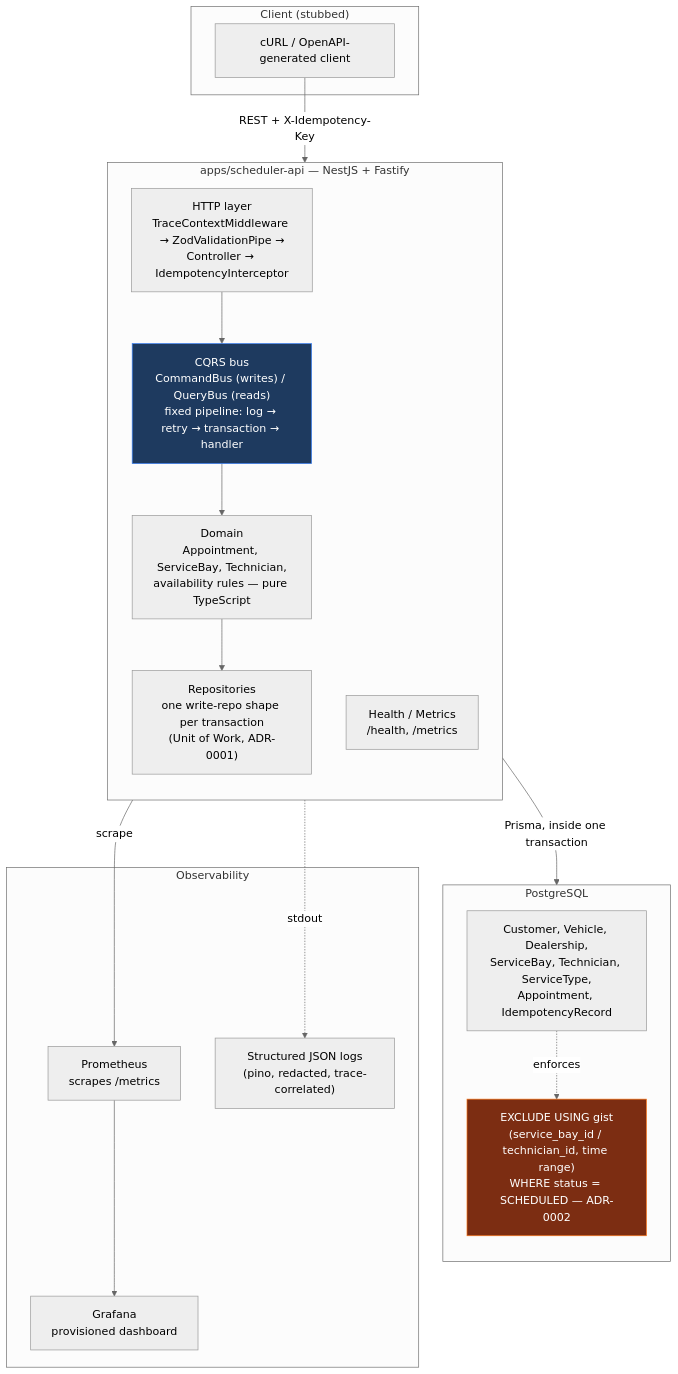
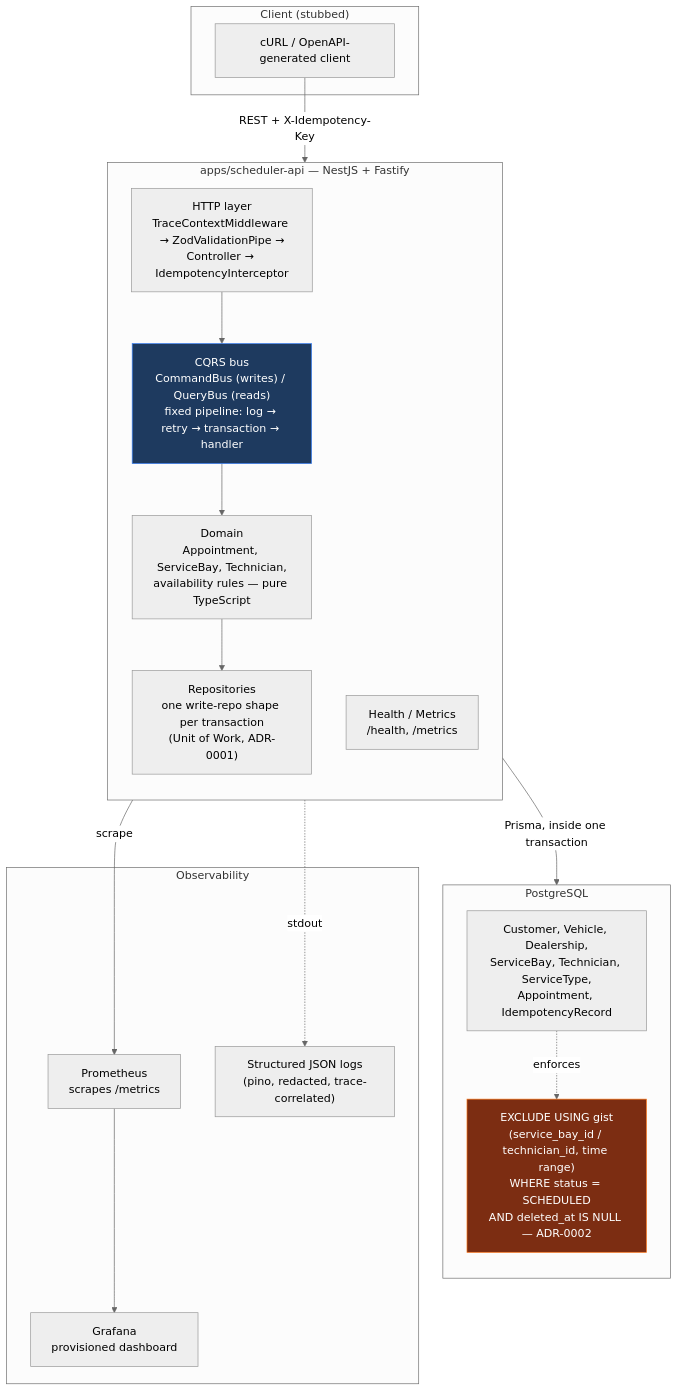
Before and after one commit to minhle106cse/system-design-scenarios: the diagram in docs/03_system_architecture_diagrams.md, drawn with Mermaid (neutral theme). The commit also changed other lines of this file and 14 other files, not shown here.

````diff
--- a/docs/03_system_architecture_diagrams.md
+++ b/docs/03_system_architecture_diagrams.md
@@ -10,40 +16,40 @@
 ```mermaid
 flowchart TB
     subgraph Client["Client (stubbed)"]
         C[cURL / OpenAPI-generated client]
     end
 
     subgraph App["apps/scheduler-api — NestJS + Fastify"]
         direction TB
         HTTP["HTTP layer<br/>TraceContextMiddleware → ZodValidationPipe →<br/>Controller → IdempotencyInterceptor"]
         CQRS["CQRS bus<br/>CommandBus (writes) / QueryBus (reads)<br/>fixed pipeline: log → retry → transaction → handler"]
         Domain["Domain<br/>Appointment, ServiceBay, Technician,<br/>availability rules — pure TypeScript"]
         Repo["Repositories<br/>one write-repo shape per transaction<br/>(Unit of Work, ADR-0001)"]
         HealthObs["Health / Metrics<br/>/health, /metrics"]
     end
 
     subgraph DB["PostgreSQL"]
         direction TB
         Tables["Customer, Vehicle, Dealership,<br/>ServiceBay, Technician, ServiceType,<br/>Appointment, IdempotencyRecord"]
-        Constraint["EXCLUDE USING gist<br/>(service_bay_id / technician_id, time range)<br/>WHERE status = SCHEDULED — ADR-0002"]
+        Constraint["EXCLUDE USING gist<br/>(service_bay_id / technician_id, time range)<br/>WHERE status = SCHEDULED<br/>AND deleted_at IS NULL — ADR-0002"]
     end
 
     subgraph Obs["Observability"]
         Prom["Prometheus<br/>scrapes /metrics"]
         Graf["Grafana<br/>provisioned dashboard"]
         Logs["Structured JSON logs<br/>(pino, redacted, trace-correlated)"]
     end
 
     C -->|"REST + X-Idempotency-Key"| HTTP
     HTTP --> CQRS
     CQRS --> Domain
     Domain --> Repo
     Repo -->|"Prisma, inside one transaction"| Tables
     Tables -.->|"enforces"| Constraint
     HealthObs -->|scrape| Prom
     Prom --> Graf
     App -.->|stdout| Logs
 
     style Constraint fill:#7c2d12,stroke:#f97316,color:#fff
     style CQRS fill:#1e3a5f,stroke:#3b82f6,color:#fff
 ```
````
